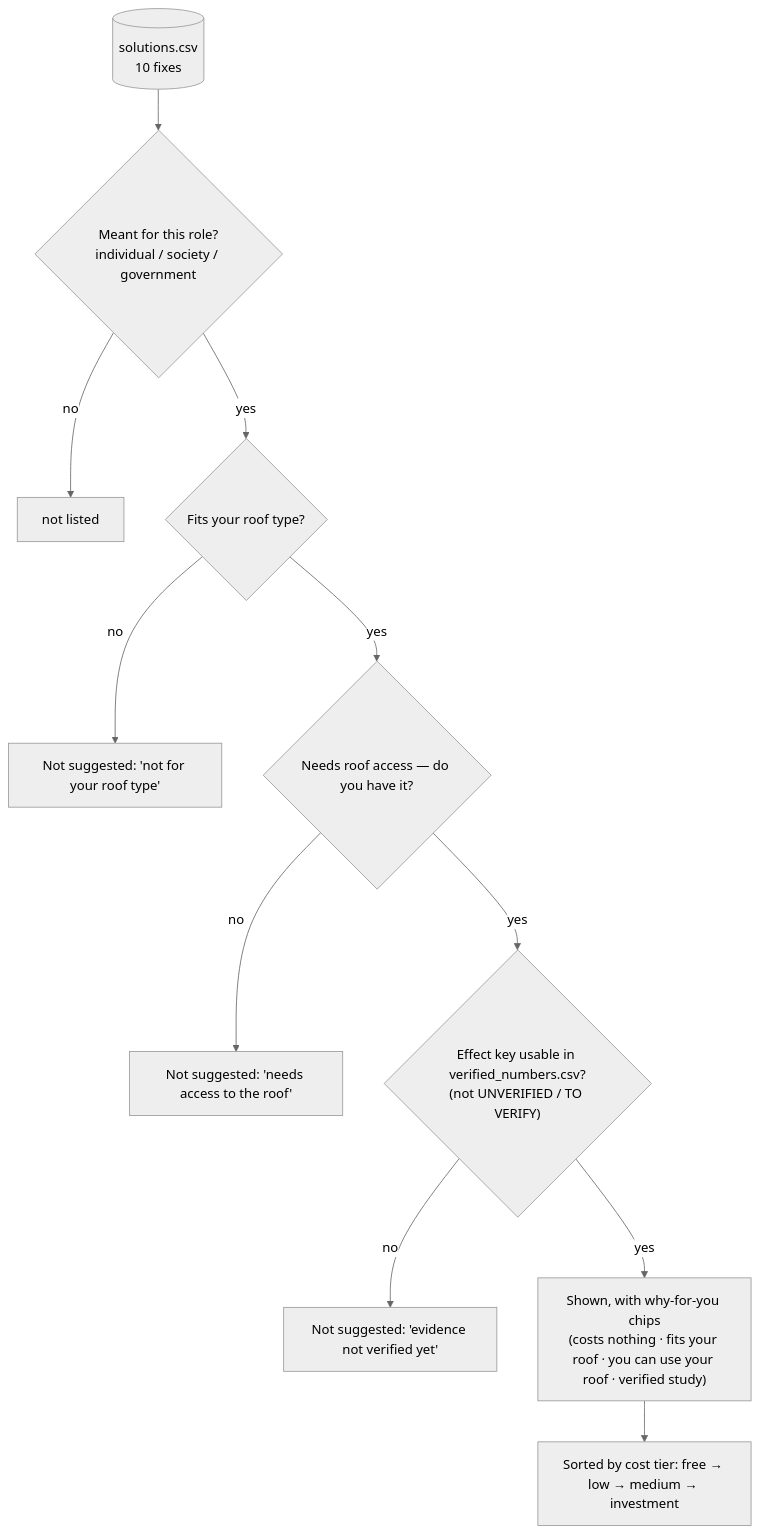
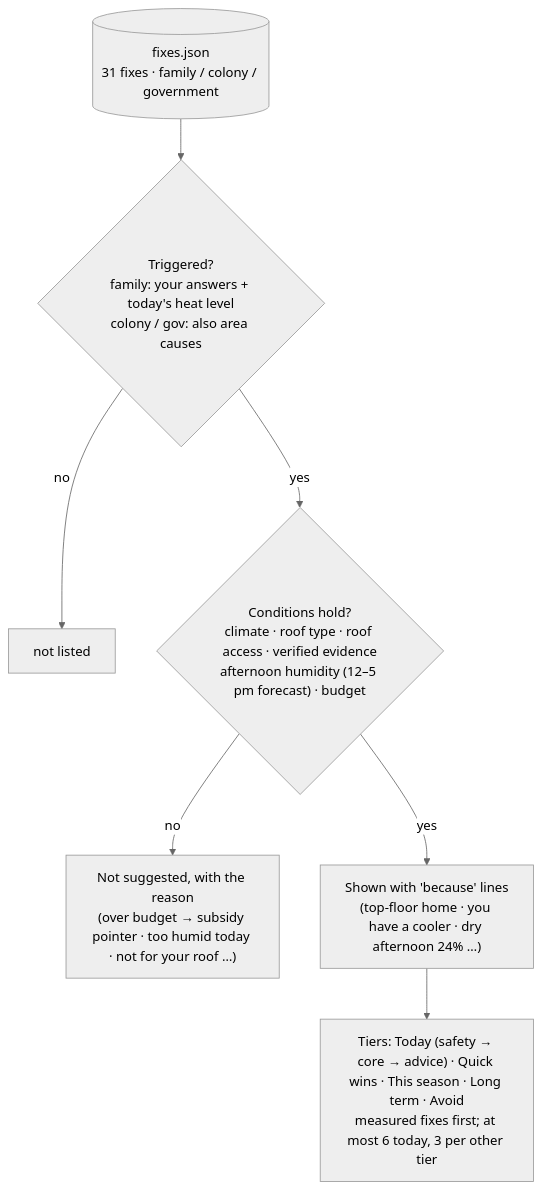
One commit to VanshikaSingh277/garmi-check-india changed the seventh of 10 diagrams in docs/ARCHITECTURE.md. Above: the diagram before and after it, drawn with Mermaid (neutral theme). The commit also changed other lines of this file and 12 other files, not shown here.

First line of the commit message:
Personalised fixes in the app: new questions, Today card, left-out reasons, measure a fix at home

````diff
--- a/docs/ARCHITECTURE.md
+++ b/docs/ARCHITECTURE.md
@@ -257,13 +257,9 @@
 ```mermaid
 flowchart TD
-  C[("solutions.csv<br/>10 fixes")] --> R1{"Meant for this role?<br/>individual / society / government"}
-  R1 -- no --> X0["not listed"]
-  R1 -- yes --> R2{"Fits your roof type?"}
-  R2 -- no --> X1["Not suggested: 'not for your roof type'"]
-  R2 -- yes --> R3{"Needs roof access — do you have it?"}
-  R3 -- no --> X2["Not suggested: 'needs access to the roof'"]
-  R3 -- yes --> R4{"Effect key usable in verified_numbers.csv?<br/>(not UNVERIFIED / TO VERIFY)"}
-  R4 -- no --> X3["Not suggested: 'evidence not verified yet'"]
-  R4 -- yes --> OK["Shown, with why-for-you chips<br/>(costs nothing · fits your roof · you can use your roof · verified study)"]
-  OK --> T["Sorted by cost tier: free → low → medium → investment"]
+  C[("fixes.json<br/>31 fixes · family / colony / government")] --> TR{"Triggered?<br/>family: your answers + today's heat level<br/>colony / gov: also area causes"}
+  TR -- no --> X0["not listed"]
+  TR -- yes --> C1{"Conditions hold?<br/>climate · roof type · roof access · verified evidence<br/>afternoon humidity (12–5 pm forecast) · budget"}
+  C1 -- no --> X1["Not suggested, with the reason<br/>(over budget → subsidy pointer · too humid today · not for your roof …)"]
+  C1 -- yes --> OK["Shown with 'because' lines<br/>(top-floor home · you have a cooler · dry afternoon 24% …)"]
+  OK --> T["Tiers: Today (safety → core → advice) · Quick wins · This season · Long term · Avoid<br/>measured fixes first; at most 6 today, 3 per other tier"]
 ```
````
